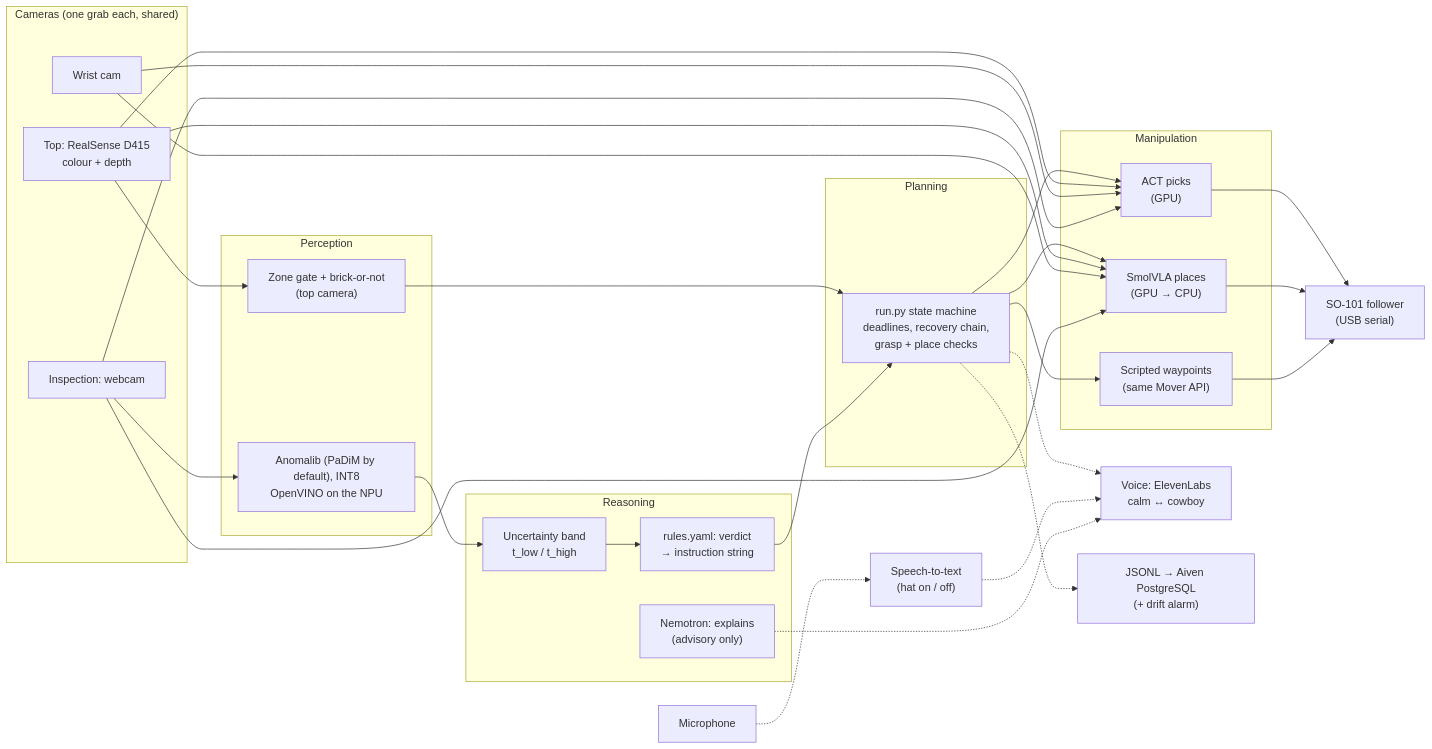
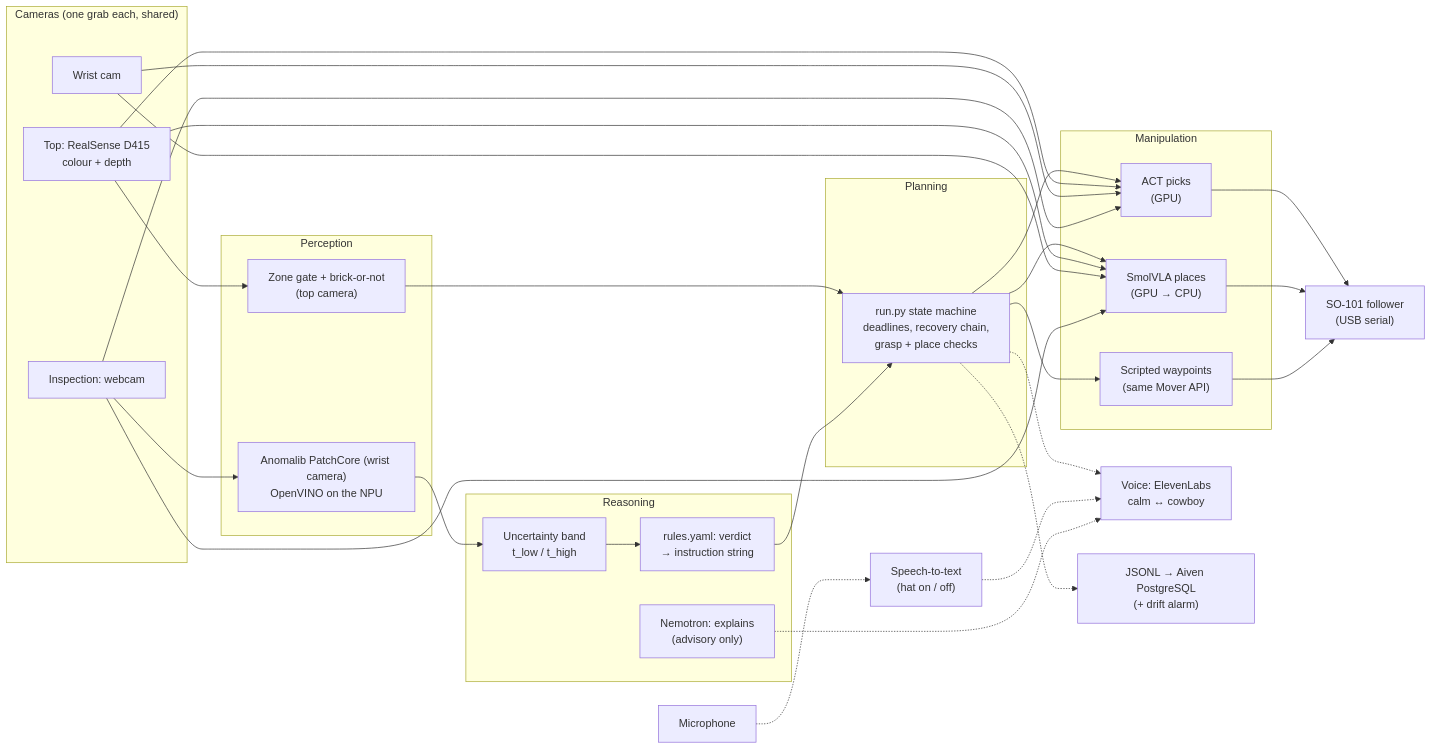
One commit to saliha006/Chooms-chrome changed the diagram in README.md. Above: the diagram before and after it, drawn with Mermaid. The commit also changed other lines of this file and 1 other file, not shown here.

````diff
--- a/README.md
+++ b/README.md
@@ -23,40 +23,40 @@
 ```mermaid
 flowchart LR
     subgraph Cameras["Cameras (one grab each, shared)"]
         TOP["Top: RealSense D415<br/>colour + depth"]
         INS["Inspection: webcam"]
         WR["Wrist cam"]
     end
 
     subgraph Perception
         ZONE["Zone gate + brick-or-not<br/>(top camera)"]
-        AD["Anomalib (PaDiM by default), INT8<br/>OpenVINO on the NPU"]
+        AD["Anomalib PatchCore (wrist camera)<br/>OpenVINO on the NPU"]
     end
 
     subgraph Reasoning
         BAND["Uncertainty band<br/>t_low / t_high"]
         RULES["rules.yaml: verdict<br/>→ instruction string"]
         NEM["Nemotron: explains<br/>(advisory only)"]
     end
 
     subgraph Planning
         SM["run.py state machine<br/>deadlines, recovery chain,<br/>grasp + place checks"]
     end
 
     subgraph Manipulation
         ACT["ACT picks<br/>(GPU)"]
         VLA["SmolVLA places<br/>(GPU → CPU)"]
         SCR["Scripted waypoints<br/>(same Mover API)"]
     end
 
     ARM["SO-101 follower<br/>(USB serial)"]
 
     TOP --> ZONE --> SM
     INS --> AD --> BAND --> RULES --> SM
     SM --> ACT & VLA & SCR --> ARM
     TOP & WR & INS --> ACT & VLA
     SM -.-> VOICE["Voice: ElevenLabs<br/>calm ↔ cowboy"]
     MIC["Microphone"] -.-> STT["Speech-to-text<br/>(hat on / off)"] -.-> VOICE
     NEM -.-> VOICE
     SM -.-> LOG["JSONL → Aiven PostgreSQL<br/>(+ drift alarm)"]
 ```
````
